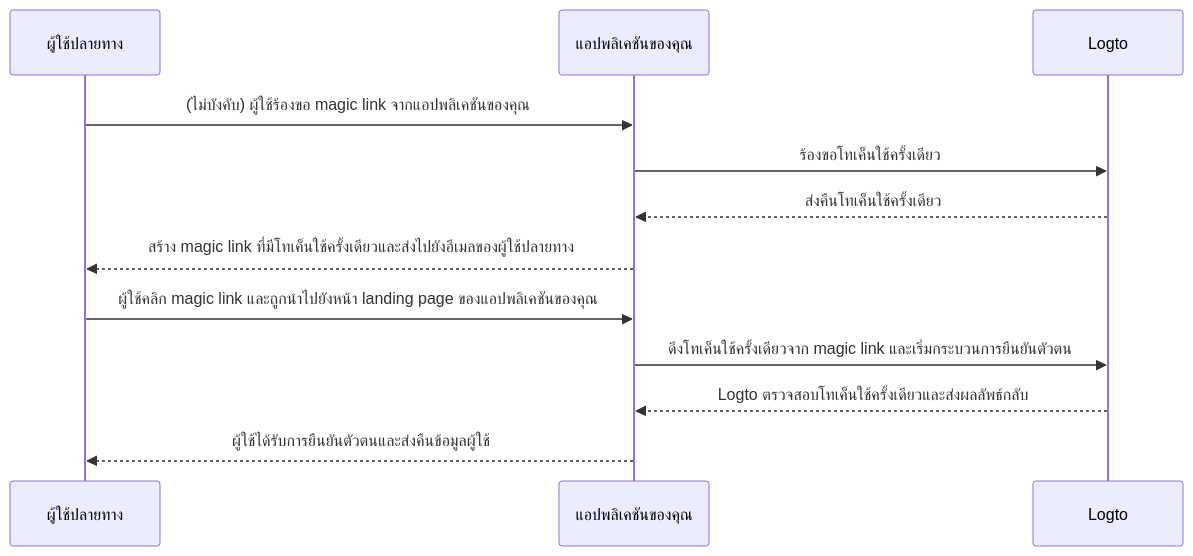
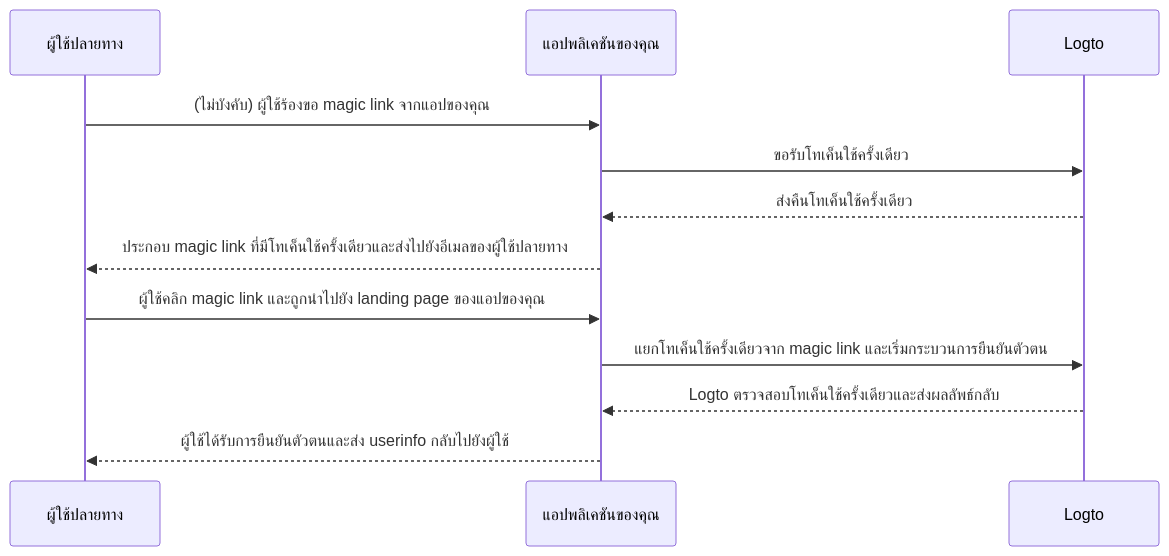
One commit to logto-io/docs changed the diagram in i18n/th/docusaurus-plugin-content-docs/current/end-user-flows/one-time-token.mdx. Above: the diagram before and after it, drawn with Mermaid. The commit also changed other lines of this file and 46 other files, not shown here.

````diff
--- a/i18n/th/docusaurus-plugin-content-docs/current/end-user-flows/one-time-token.mdx
+++ b/i18n/th/docusaurus-plugin-content-docs/current/end-user-flows/one-time-token.mdx
@@ -24,15 +24,15 @@
 ```mermaid
 sequenceDiagram
   participant U as ผู้ใช้ปลายทาง
   participant C as แอปพลิเคชันของคุณ
   participant L as Logto
 
-  U ->> C: (ไม่บังคับ) ผู้ใช้ร้องขอ magic link จากแอปพลิเคชันของคุณ
-  C ->> L: ร้องขอโทเค็นใช้ครั้งเดียว
+  U ->> C: (ไม่บังคับ) ผู้ใช้ร้องขอ magic link จากแอปของคุณ
+  C ->> L: ขอรับโทเค็นใช้ครั้งเดียว
   L -->> C: ส่งคืนโทเค็นใช้ครั้งเดียว
-  C -->> U: สร้าง magic link ที่มีโทเค็นใช้ครั้งเดียวและส่งไปยังอีเมลของผู้ใช้ปลายทาง
-  U ->> C: ผู้ใช้คลิก magic link และถูกนำไปยังหน้า landing page ของแอปพลิเคชันของคุณ
-  C ->> L: ดึงโทเค็นใช้ครั้งเดียวจาก magic link และเริ่มกระบวนการยืนยันตัวตน
+  C -->> U: ประกอบ magic link ที่มีโทเค็นใช้ครั้งเดียวและส่งไปยังอีเมลของผู้ใช้ปลายทาง
+  U ->> C: ผู้ใช้คลิก magic link และถูกนำไปยัง landing page ของแอปของคุณ
+  C ->> L: แยกโทเค็นใช้ครั้งเดียวจาก magic link และเริ่มกระบวนการยืนยันตัวตน
   L -->> C: Logto ตรวจสอบโทเค็นใช้ครั้งเดียวและส่งผลลัพธ์กลับ
-  C -->> U: ผู้ใช้ได้รับการยืนยันตัวตนและส่งคืนข้อมูลผู้ใช้
+  C -->> U: ผู้ใช้ได้รับการยืนยันตัวตนและส่ง userinfo กลับไปยังผู้ใช้
 ```
````
